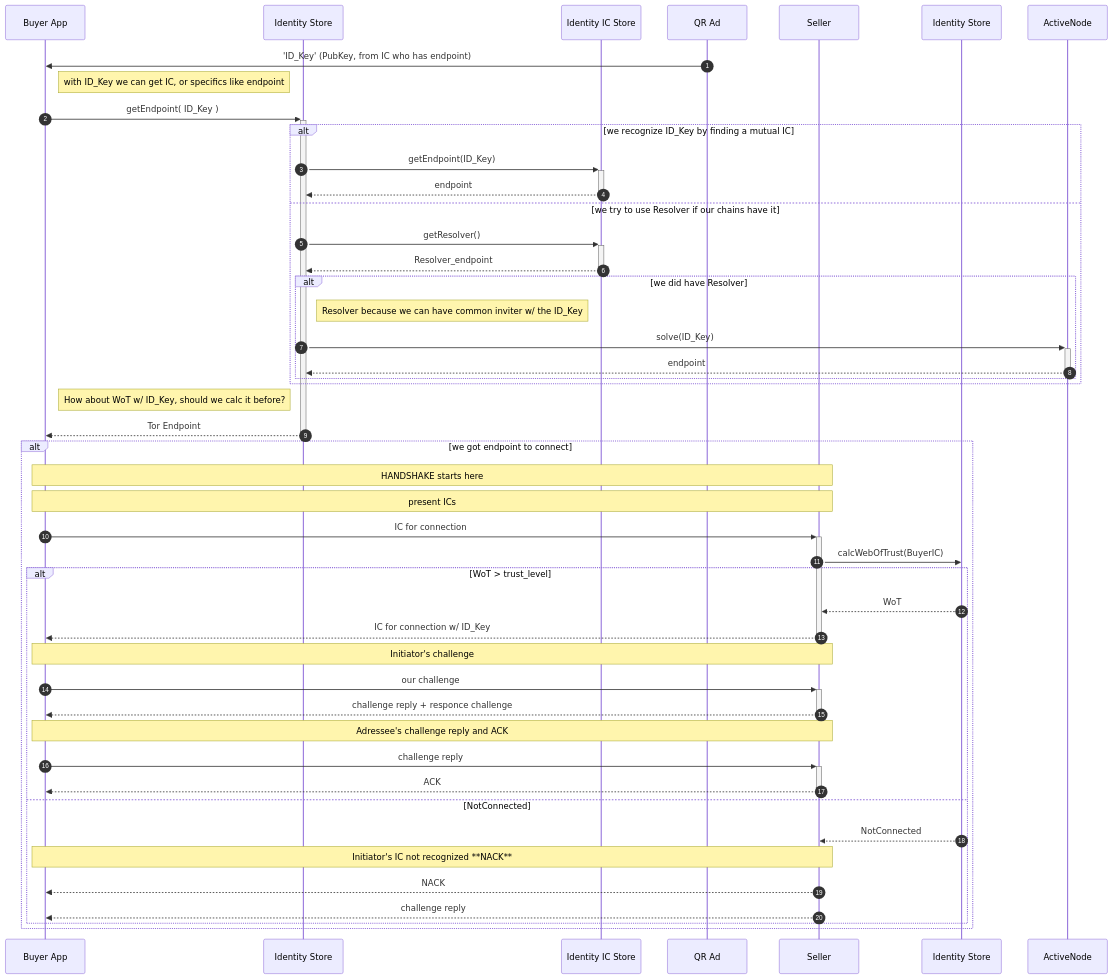
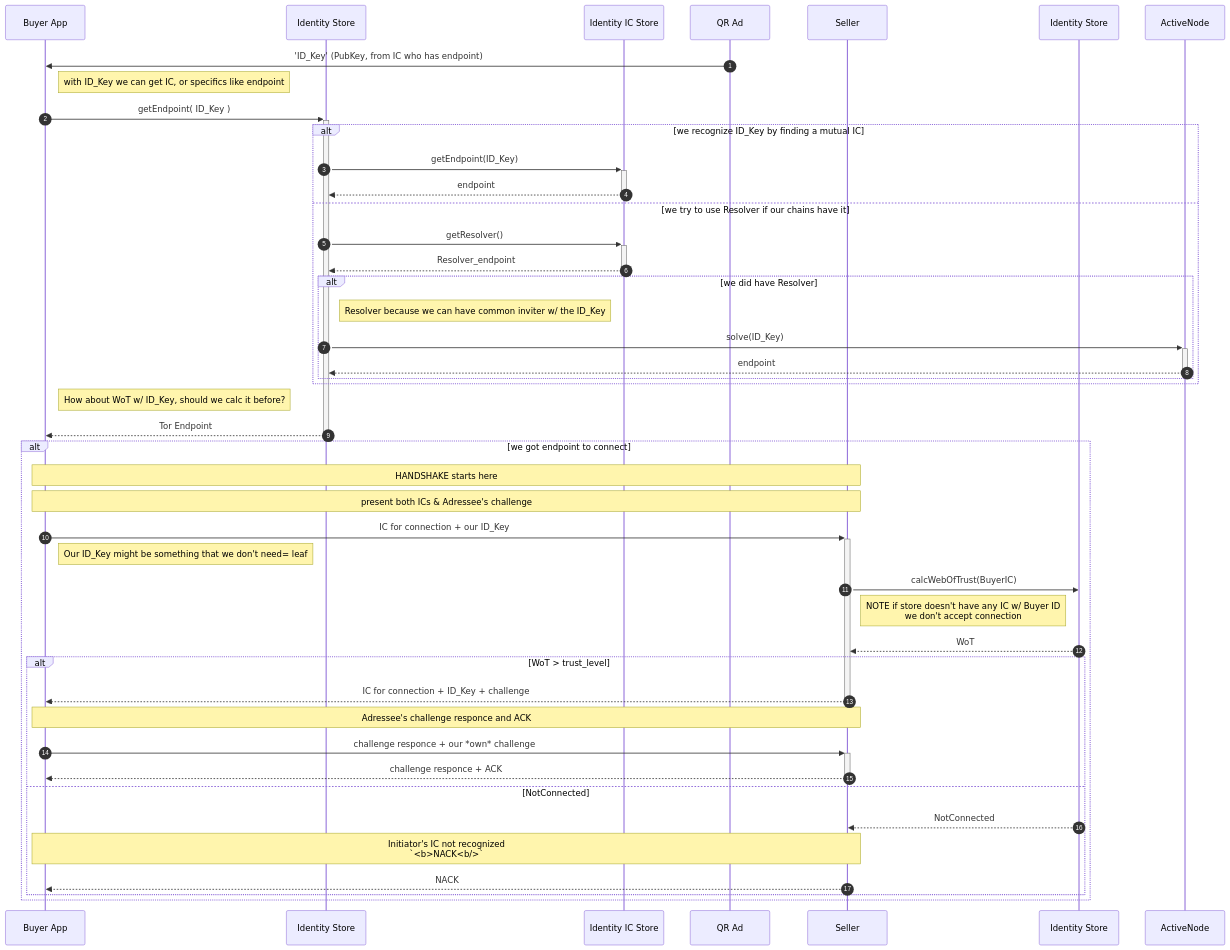
One commit to lainio/ic changed the second of 2 diagrams in README.md. Above: the diagram before and after it, drawn with Mermaid.

Commit message:
desings: reduce round-trips in handshake

````diff
--- a/README.md
+++ b/README.md
@@ -104,74 +104,70 @@
 ```mermaid
 sequenceDiagram
     autonumber
 
     participant Buyer as Buyer App
     participant IStore as Identity Store
     participant INode as Identity IC Store
 
     %% -- box won't work on hugo, or when this machine is running it --
     %% box Issuing Service
     participant QR_Code as QR Ad
     %% end
 
     participant Seller
     participant SellerStore as Identity Store
     participant ActiveNode
 
     QR_Code ->> Buyer : 'ID_Key' (PubKey, from IC who has endpoint)
 
     note right of Buyer: with ID_Key we can get IC, or specifics like endpoint
     Buyer ->> +IStore: getEndpoint( ID_Key )
 
     alt we recognize ID_Key by finding a mutual IC
     IStore ->> +INode: getEndpoint(ID_Key)
     INode -->> -IStore: endpoint
     else we try to use Resolver if our chains have it
     IStore ->> +INode: getResolver()
     INode -->> -IStore: Resolver_endpoint
     alt we did have Resolver
     note right of IStore: Resolver because we can have common inviter w/ the ID_Key
     IStore ->> +ActiveNode: solve(ID_Key)
     ActiveNode -->> -IStore: endpoint
     end
     end
 
     note right of Buyer: How about WoT w/ ID_Key, should we calc it before?
     %% the WoT is related to endpoint in this phase which might be ok but if we
     %% will calculate it later there's no need to do it here?
 
     IStore -->> -Buyer: Tor Endpoint
 
     alt we got endpoint to connect
 
     note over Buyer, Seller: HANDSHAKE starts here
-    note over Buyer, Seller: present ICs
-    Buyer ->> +Seller: IC for connection
+    note over Buyer, Seller: present both ICs & Adressee's challenge
+    Buyer ->> +Seller: IC for connection + our ID_Key
+    note right of Buyer: Our ID_Key might be something that we don't need= leaf
 
     Seller ->> SellerStore: calcWebOfTrust(BuyerIC)
+    note right of Seller: NOTE if store doesn't have any IC w/ Buyer ID<br/>we don't accept connection
+    SellerStore -->> Seller: WoT
 
     alt WoT > trust_level
-    SellerStore -->> Seller: WoT
 
-    Seller -->> -Buyer: IC for connection w/ ID_Key
-
-    note over Buyer, Seller: Initiator's challenge
+    Seller -->> -Buyer: IC for connection + ID_Key + challenge
     %% TODO: we should compare this to FIDO's authn
 
-    Buyer ->> +Seller:  our challenge
-    Seller -->> -Buyer: challenge reply + responce challenge
-
-    note over Buyer, Seller: Adressee's challenge reply and ACK
-    Buyer ->> +Seller:  challenge reply
-    Seller -->> -Buyer: ACK
+    note over Buyer, Seller: Adressee's challenge responce and ACK
+    Buyer ->> +Seller:  challenge responce + our *own* challenge
+    Seller -->> -Buyer: challenge responce + ACK
 
     else NotConnected
     SellerStore -->> Seller: NotConnected
 
-    note over Buyer, Seller: Initiator's IC not recognized **NACK**
+    note over Buyer, Seller: Initiator's IC not recognized <br/> `<b>NACK<b/>`
     Seller -->> Buyer: NACK
-    Seller -->> Buyer: challenge reply
     end
     end
 
 ```
````
